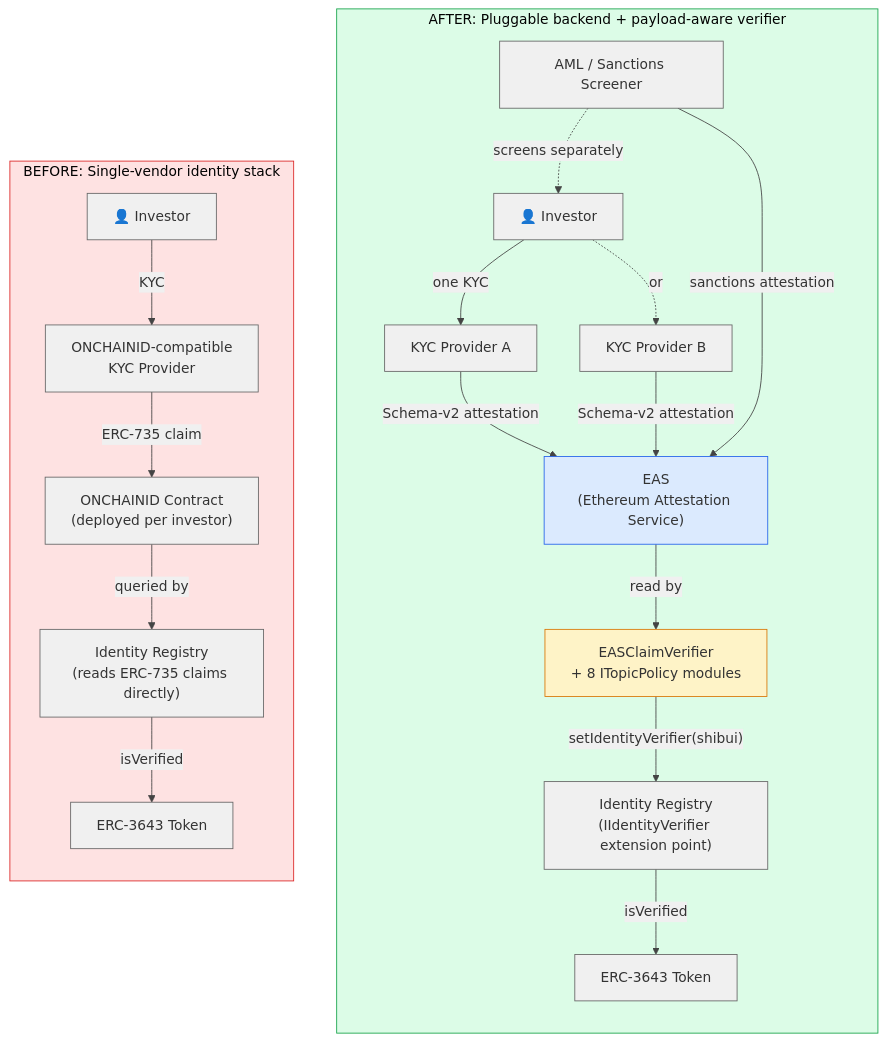
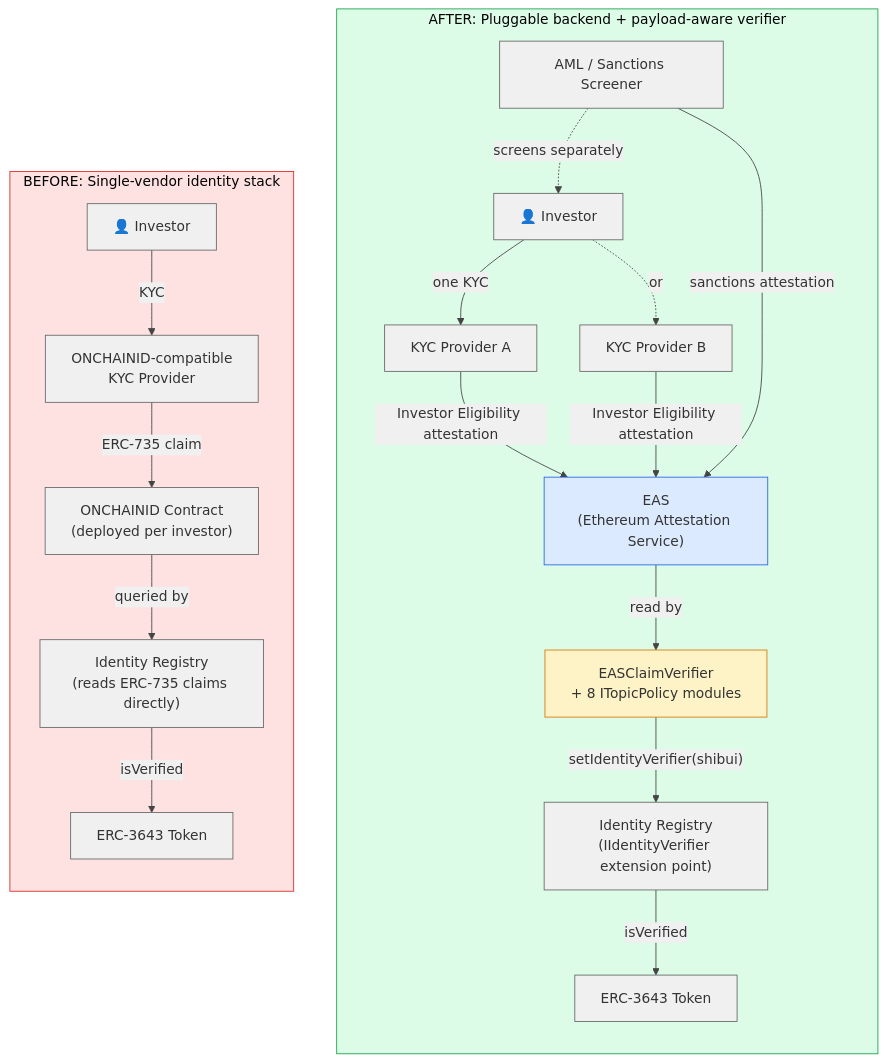
One commit to EntEthAlliance/rnd-rwa-erc3643-eas changed the diagram in diagrams/shibui-before-after.mmd. Above: the diagram before and after it, drawn with Mermaid. The commit also changed 32 other files, not shown here.

First line of the commit message:
refactor(schemas): drop version suffixes from schema names

```diff
--- a/diagrams/shibui-before-after.mmd
+++ b/diagrams/shibui-before-after.mmd
@@ -1,44 +1,44 @@
 %%{init: {'theme': 'base', 'themeVariables': { 'primaryColor': '#f0f0f0', 'primaryTextColor': '#333', 'primaryBorderColor': '#666', 'lineColor': '#444'}}}%%
 flowchart LR
     subgraph Before["BEFORE: Single-vendor identity stack"]
         direction TB
         B_Investor["👤 Investor"]
         B_Provider["ONCHAINID-compatible<br/>KYC Provider"]
         B_Identity["ONCHAINID Contract<br/>(deployed per investor)"]
         B_Token["ERC-3643 Token"]
         B_IR["Identity Registry<br/>(reads ERC-735 claims directly)"]
 
         B_Investor -->|"KYC"| B_Provider
         B_Provider -->|"ERC-735 claim"| B_Identity
         B_Identity -->|"queried by"| B_IR
         B_IR -->|"isVerified"| B_Token
     end
 
     subgraph After["AFTER: Pluggable backend + payload-aware verifier"]
         direction TB
         A_Investor["👤 Investor"]
         A_Provider1["KYC Provider A"]
         A_Provider2["KYC Provider B"]
         A_Provider3["AML / Sanctions Screener"]
         A_EAS["EAS<br/>(Ethereum Attestation Service)"]
         A_Shibui["EASClaimVerifier<br/>+ 8 ITopicPolicy modules"]
         A_IR["Identity Registry<br/>(IIdentityVerifier extension point)"]
         A_Token["ERC-3643 Token"]
 
         A_Investor -->|"one KYC"| A_Provider1
         A_Investor -.->|"or"| A_Provider2
         A_Provider3 -.->|"screens separately"| A_Investor
-        A_Provider1 -->|"Schema-v2 attestation"| A_EAS
-        A_Provider2 -->|"Schema-v2 attestation"| A_EAS
+        A_Provider1 -->|"Investor Eligibility attestation"| A_EAS
+        A_Provider2 -->|"Investor Eligibility attestation"| A_EAS
         A_Provider3 -->|"sanctions attestation"| A_EAS
         A_EAS -->|"read by"| A_Shibui
         A_Shibui -->|"setIdentityVerifier(shibui)"| A_IR
         A_IR -->|"isVerified"| A_Token
     end
 
     Before ~~~ After
 
     style Before fill:#fee2e2,stroke:#dc2626
     style After fill:#dcfce7,stroke:#16a34a
     style A_EAS fill:#dbeafe,stroke:#2563eb
     style A_Shibui fill:#fef3c7,stroke:#d97706
```
